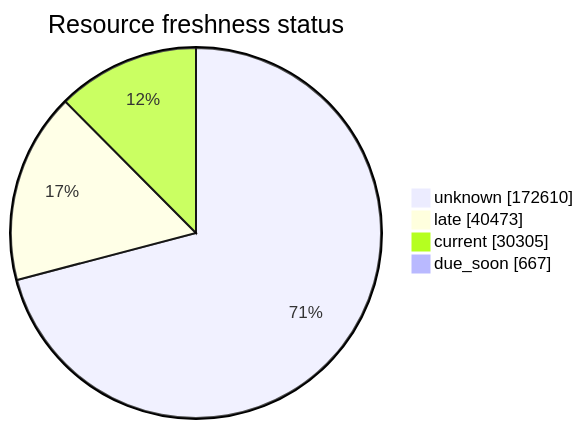
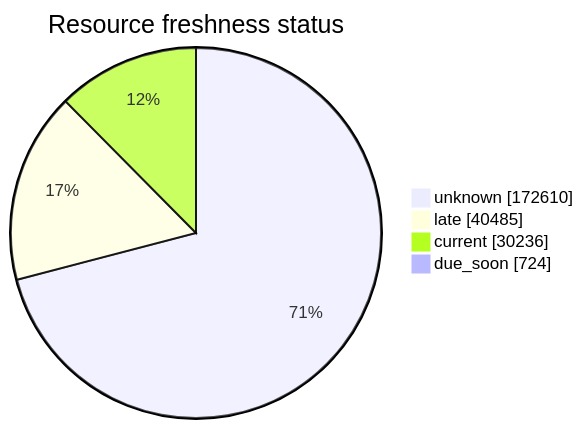
One commit to open-data/analytics-corporate-reporting changed the third of 5 diagrams in FreshCheck/README.md. Above: the diagram before and after it, drawn with Mermaid. The commit also changed other lines of this file and 3 other files, not shown here.

````diff
--- a/FreshCheck/README.md
+++ b/FreshCheck/README.md
@@ -78,7 +78,7 @@
 ```mermaid
 pie showData title Resource freshness status
     "unknown": 172610
-    "late": 40473
-    "current": 30305
-    "due_soon": 667
+    "late": 40485
+    "current": 30236
+    "due_soon": 724
 ```
````
